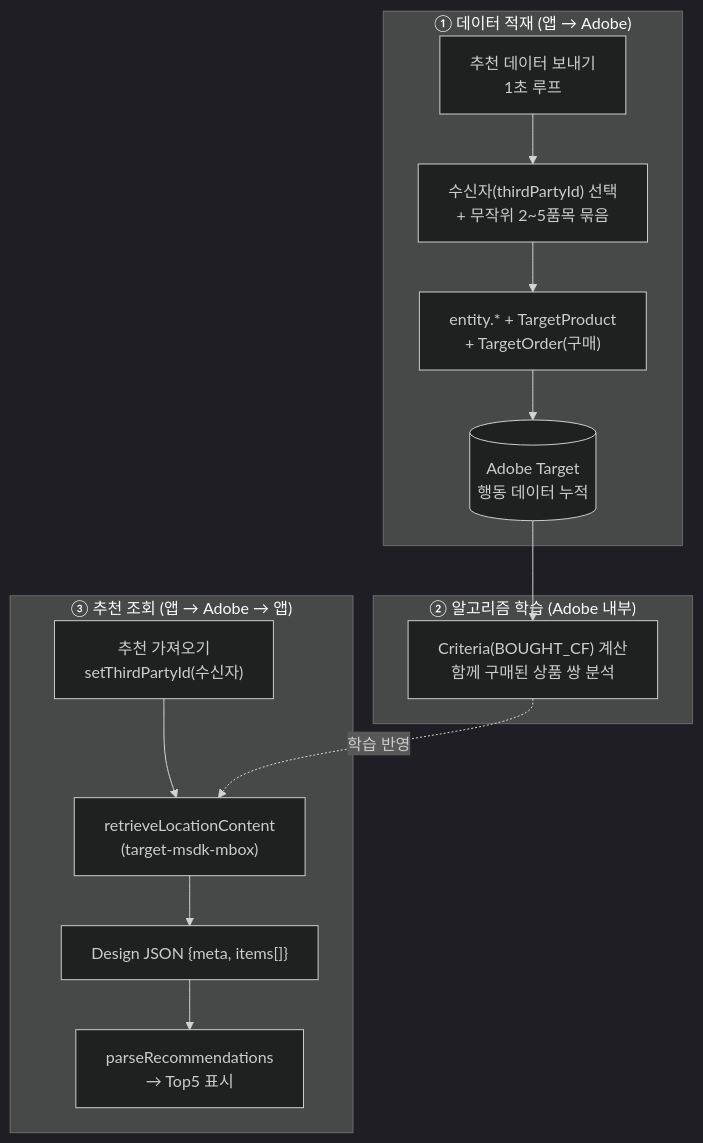
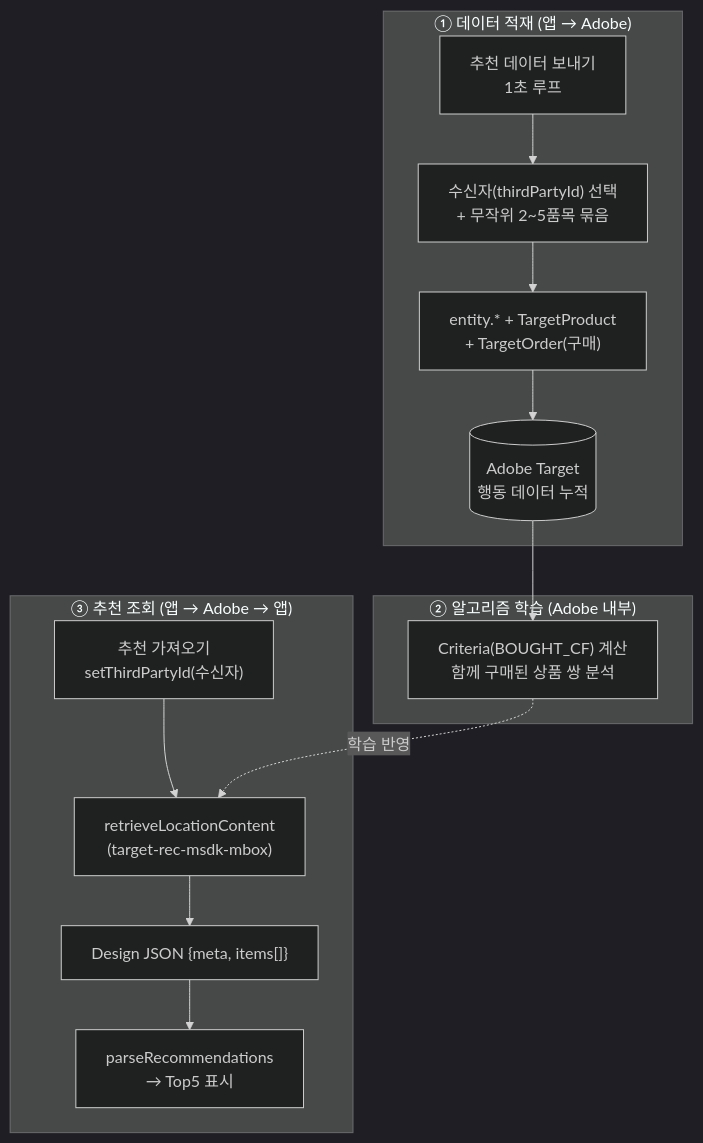
One commit to WhatDoThis/AT_TEST_PAGE changed the eighth of 9 diagrams in docs/main/04_AT_TEST_PAGE_ADOBE_TARGET_INTEGRATION.md. Above: the diagram before and after it, drawn with Mermaid (dark theme). The commit also changed other lines of this file and 7 other files, not shown here.

First line of the commit message:
fix: use dedicated rec_sdk_mbox for native Recommendations

````diff
--- a/docs/main/04_AT_TEST_PAGE_ADOBE_TARGET_INTEGRATION.md
+++ b/docs/main/04_AT_TEST_PAGE_ADOBE_TARGET_INTEGRATION.md
@@ -530,17 +530,17 @@
 ```mermaid
 flowchart TB
   subgraph S1["① 데이터 적재 (앱 → Adobe)"]
     A["추천 데이터 보내기<br/>1초 루프"] --> B["수신자(thirdPartyId) 선택<br/>+ 무작위 2~5품목 묶음"]
     B --> C["entity.* + TargetProduct<br/>+ TargetOrder(구매)"]
     C --> D[("Adobe Target<br/>행동 데이터 누적")]
   end
   subgraph S2["② 알고리즘 학습 (Adobe 내부)"]
     D --> E["Criteria(BOUGHT_CF) 계산<br/>함께 구매된 상품 쌍 분석"]
   end
   subgraph S3["③ 추천 조회 (앱 → Adobe → 앱)"]
-    F["추천 가져오기<br/>setThirdPartyId(수신자)"] --> G["retrieveLocationContent<br/>(target-msdk-mbox)"]
+    F["추천 가져오기<br/>setThirdPartyId(수신자)"] --> G["retrieveLocationContent<br/>(target-rec-msdk-mbox)"]
     G --> H["Design JSON {meta, items[]}"]
     H --> I["parseRecommendations<br/>→ Top5 표시"]
   end
   E -. 학습 반영 .-> G
 ```
````
